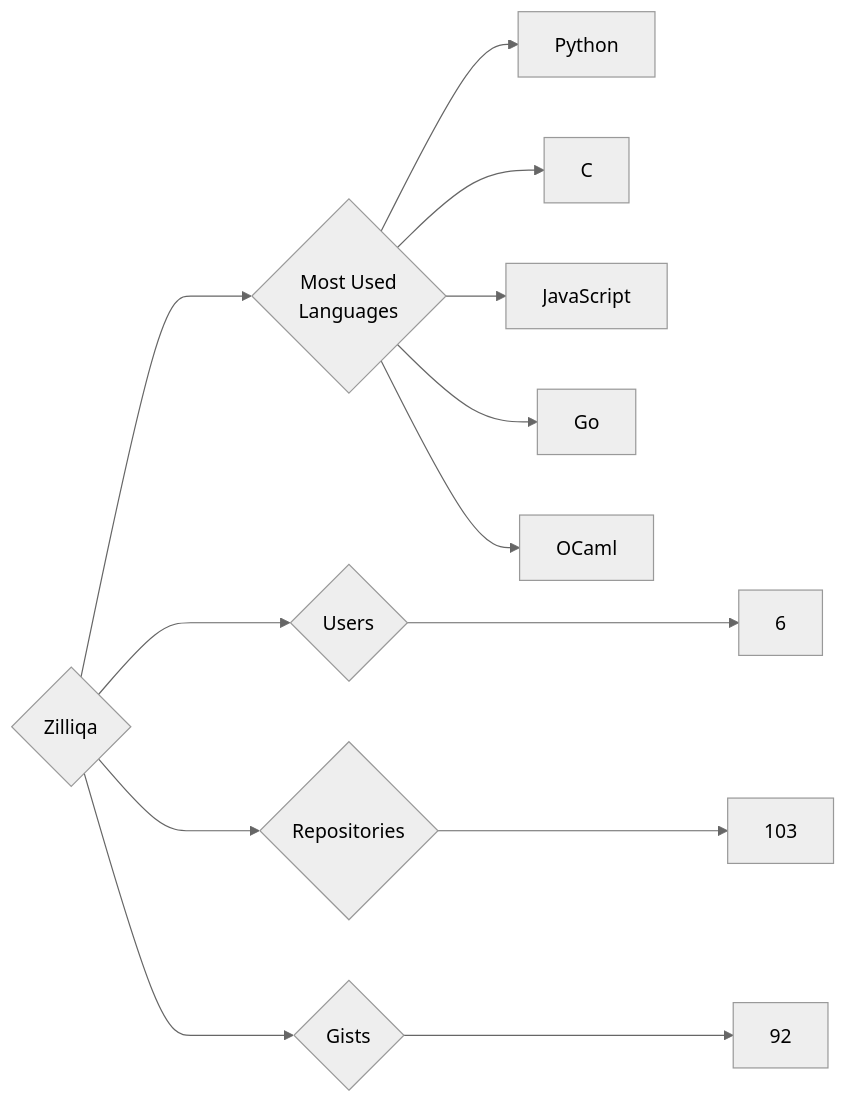
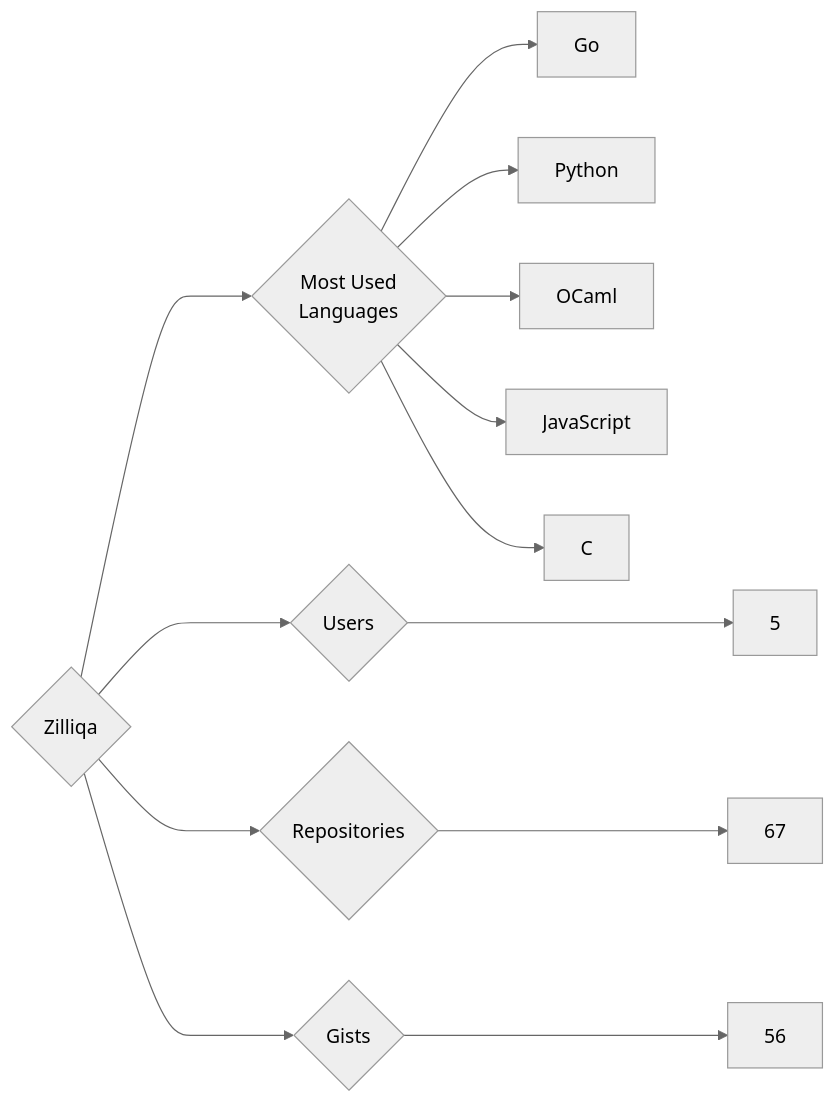
Before and after one commit to trickest/insiders: the diagram in targets/Zilliqa/README.md, drawn with Mermaid (neutral theme). The commit also changed 953 other files, not shown here.

````diff
--- a/targets/Zilliqa/README.md
+++ b/targets/Zilliqa/README.md
@@ -3,13 +3,13 @@
 ```mermaid
 graph LR
 COMPANY_NAME{Zilliqa}
-COMPANY_NAME ---> U{Users} ---> UN[6]
-COMPANY_NAME ---> R{Repositories} ---> RN[103]
-COMPANY_NAME ---> G{Gists} ---> GN[92]
+COMPANY_NAME ---> U{Users} ---> UN[5]
+COMPANY_NAME ---> R{Repositories} ---> RN[67]
+COMPANY_NAME ---> G{Gists} ---> GN[56]
 COMPANY_NAME ---> ML{Most Used<br>Languages}
+ML --> Go[Go]
 ML --> Python[Python]
+ML --> OCaml[OCaml]
+ML --> JavaScript[JavaScript]
 ML --> C[C]
-ML --> JavaScript[JavaScript]
-ML --> Go[Go]
-ML --> OCaml[OCaml]
 ```
````
